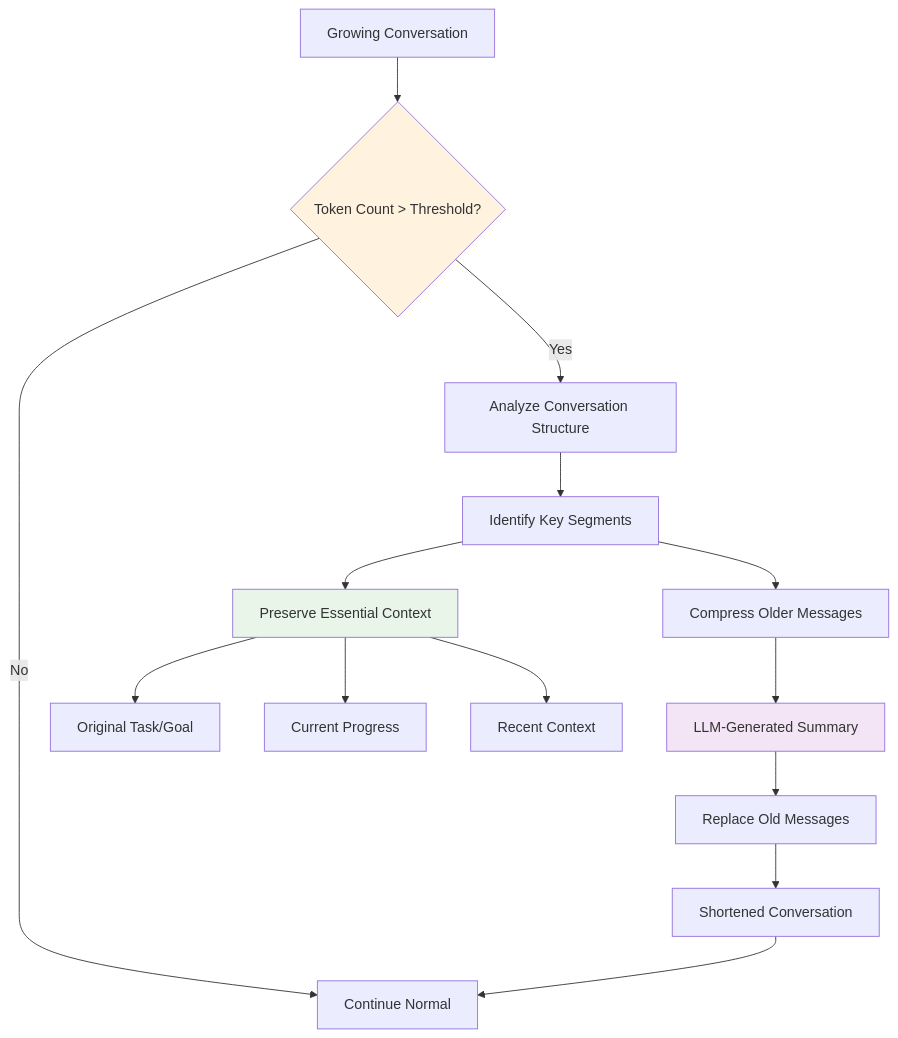
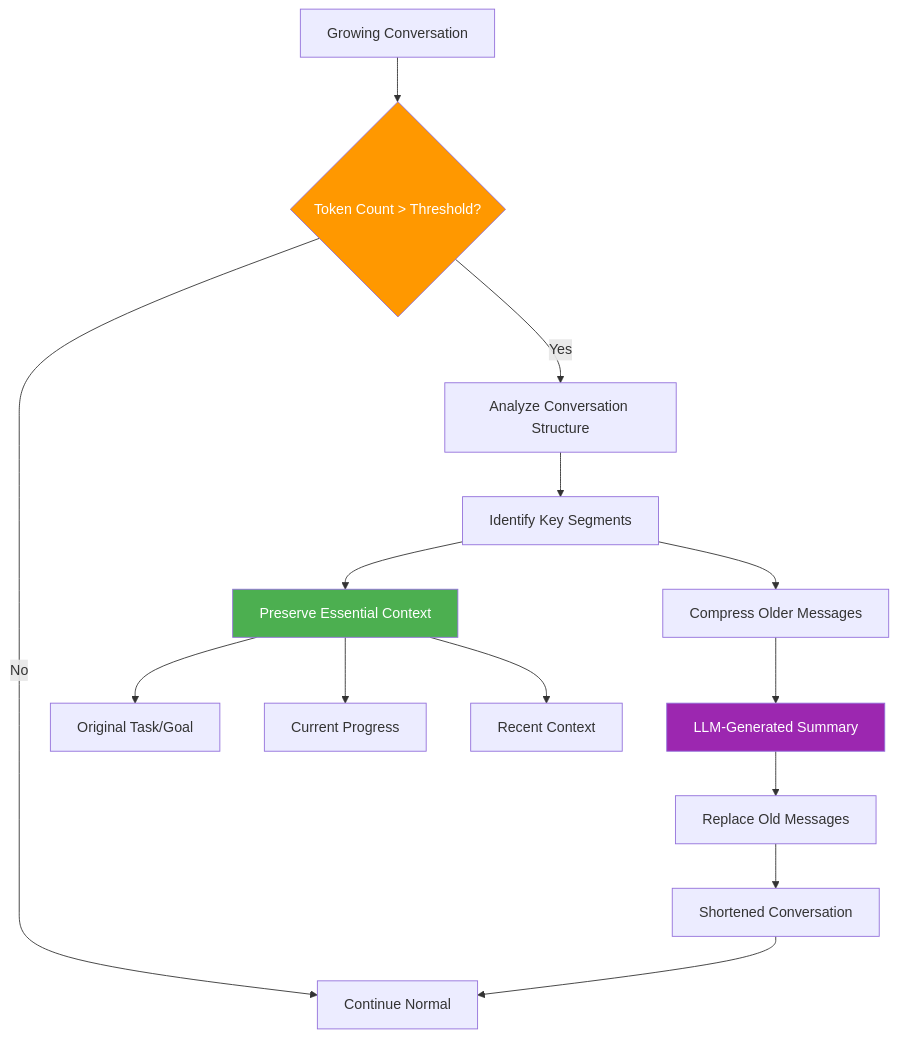
Diagram 14 of 17 in docs-content/01_frameworks/Session1_ModuleD_Coding_Assistant_Case_Study.md (fwornle/agentic-ai-nano), drawn with Mermaid before and after one commit. The commit also changed other lines of this file, not shown here.

Commit message:
docs: review Option D, styling (mermaid)

````diff
--- a/docs-content/01_frameworks/Session1_ModuleD_Coding_Assistant_Case_Study.md
+++ b/docs-content/01_frameworks/Session1_ModuleD_Coding_Assistant_Case_Study.md
@@ -841,25 +841,25 @@
 ```mermaid
 graph TD
     CONV[Growing Conversation] --> CHECK{Token Count > Threshold?}
     
     CHECK -->|No| CONTINUE[Continue Normal]
     CHECK -->|Yes| ANALYZE[Analyze Conversation Structure]
     
     ANALYZE --> IDENTIFY[Identify Key Segments]
     IDENTIFY --> PRESERVE[Preserve Essential Context]
     IDENTIFY --> COMPRESS[Compress Older Messages]
     
     PRESERVE --> TASK[Original Task/Goal]
     PRESERVE --> PROGRESS[Current Progress]
     PRESERVE --> RECENT[Recent Context]
     
     COMPRESS --> SUMMARY[LLM-Generated Summary]
     SUMMARY --> REPLACE[Replace Old Messages]
     
     REPLACE --> NEW[Shortened Conversation]
     NEW --> CONTINUE
     
-    style CHECK fill:#fff3e0
-    style PRESERVE fill:#e8f5e8
-    style SUMMARY fill:#f3e5f5
+    style CHECK fill:#FF9800,color:#ffffff
+    style PRESERVE fill:#4CAF50,color:#ffffff
+    style SUMMARY fill:#9C27B0,color:#ffffff
 ```
````
